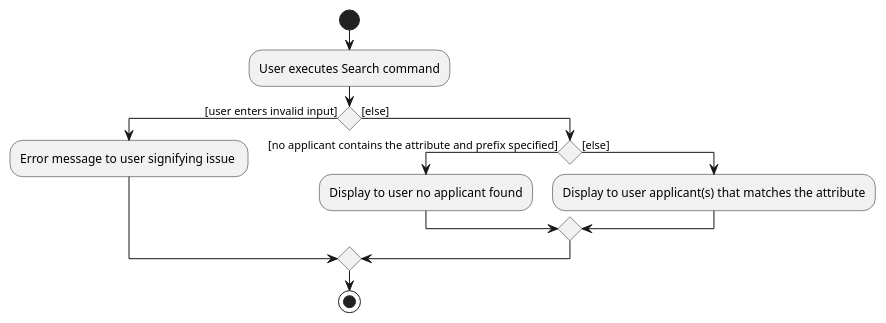
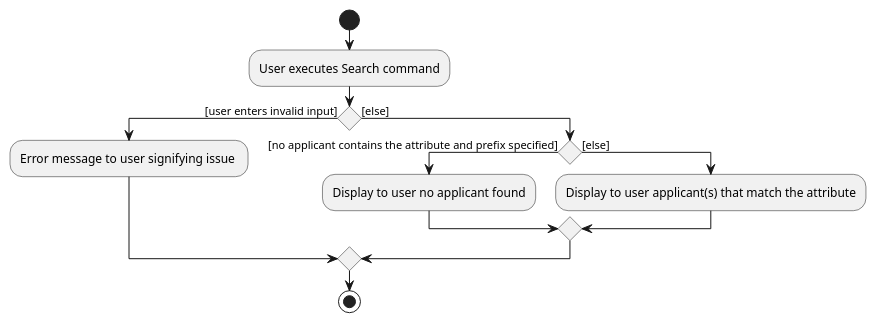
One commit to zzhikai/tp changed the diagram in docs/diagrams/SearchCommandActivityDiagram.puml. Above: the diagram before and after it, drawn with PlantUML. The commit also changed 2 other files, not shown here.

```diff
--- a/docs/diagrams/SearchCommandActivityDiagram.puml
+++ b/docs/diagrams/SearchCommandActivityDiagram.puml
@@ -1,19 +1,19 @@
 @startuml
 start
 :User executes Search command;
 
 'Since the beta syntax does not support placing the condition outside the
 'diamond we place it as the true branch instead.
 
 if () then ([user enters invalid input])
     :Error message to user signifying issue ;
 else ([else])
     if () then ([no applicant contains the attribute and prefix specified])
     :Display to user no applicant found;
     else ([else])
-    :Display to user applicant(s) that matches the attribute;
+    :Display to user applicant(s) that match the attribute;
 endif
 endif
 
 stop
 @enduml
```
